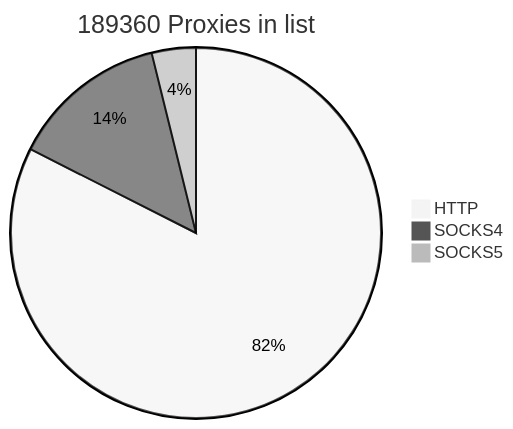
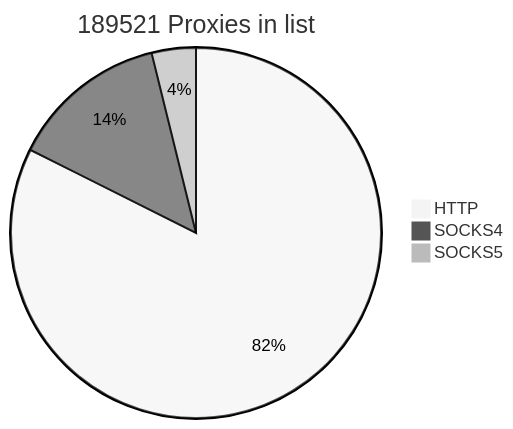
Before and after one commit to cutipu/proxylist: the first of 2 diagrams in README.md, drawn with Mermaid (neutral theme). The commit also changed other lines of this file, not shown here.

````diff
--- a/README.md
+++ b/README.md
@@ -2,7 +2,7 @@
 ```mermaid
-pie title 189360 Proxies in list
-    "HTTP" : 156148
-    "SOCKS4" : 25930
-    "SOCKS5" : 7282
+pie title 189521 Proxies in list
+    "HTTP" : 156177
+    "SOCKS4" : 26051
+    "SOCKS5" : 7293
             
 ```
````
